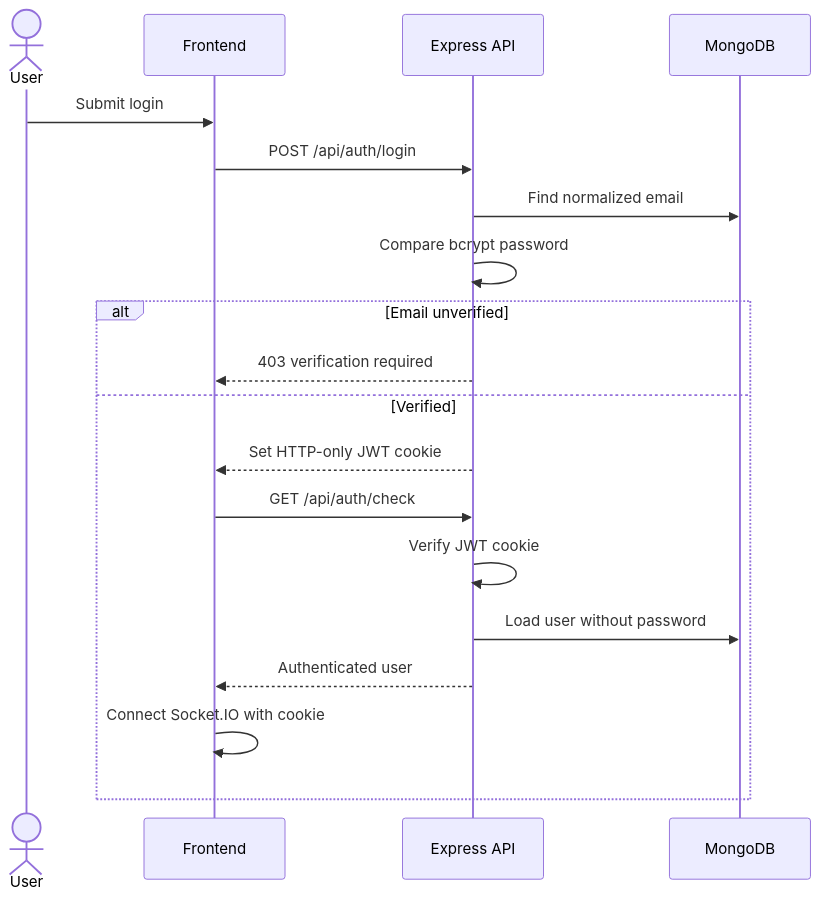
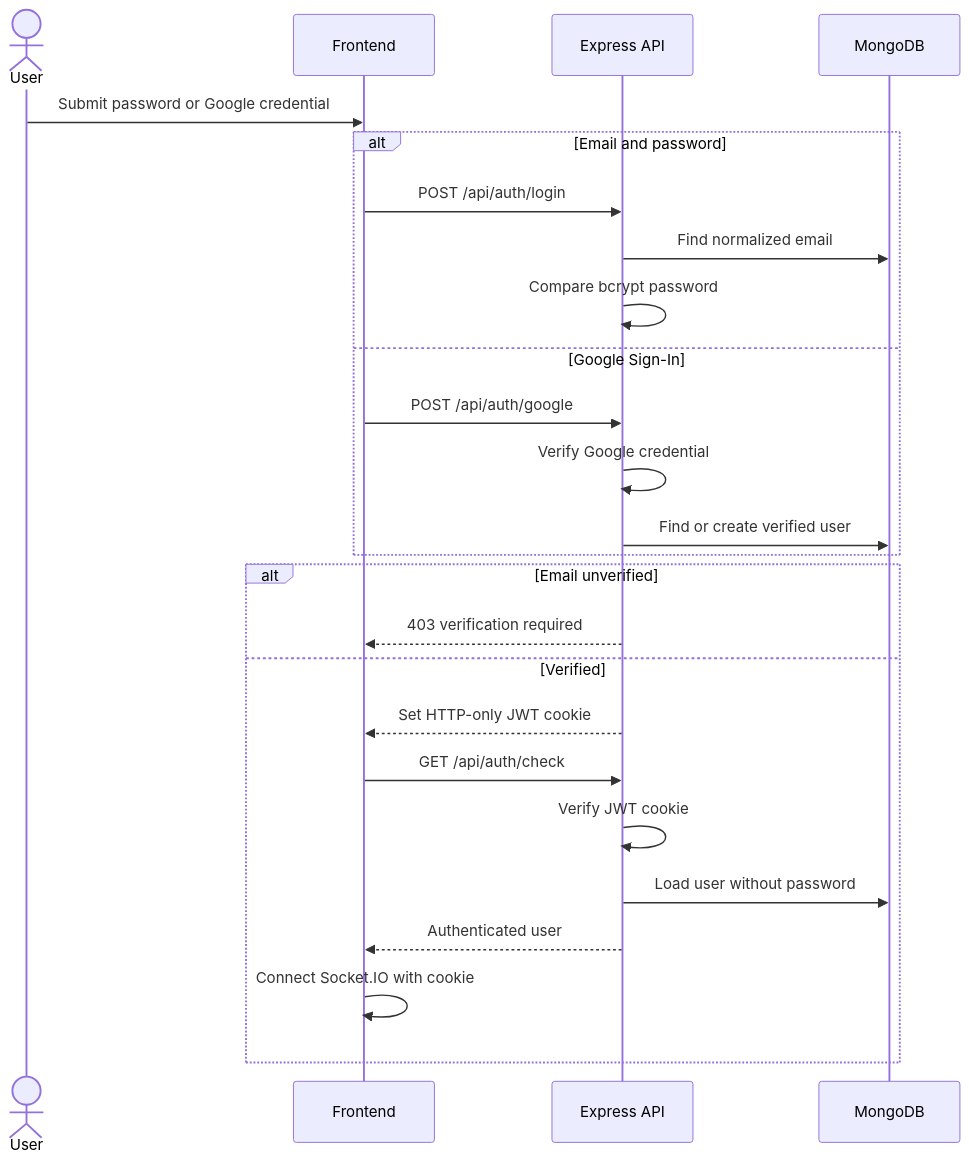
One commit to Saurav11343/click-chat changed the fourth of 7 diagrams in docs/02-system-architecture.md. Above: the diagram before and after it, drawn with Mermaid. The commit also changed other lines of this file and 11 other files, not shown here.

Commit message:
update diagrams

````diff
--- a/docs/02-system-architecture.md
+++ b/docs/02-system-architecture.md
@@ -103,22 +106,28 @@
 ```mermaid
 sequenceDiagram
     actor U as User
     participant F as Frontend
     participant A as Express API
     participant DB as MongoDB
 
-    U->>F: Submit login
-    F->>A: POST /api/auth/login
-    A->>DB: Find normalized email
-    A->>A: Compare bcrypt password
+    U->>F: Submit password or Google credential
+    alt Email and password
+      F->>A: POST /api/auth/login
+      A->>DB: Find normalized email
+      A->>A: Compare bcrypt password
+    else Google Sign-In
+      F->>A: POST /api/auth/google
+      A->>A: Verify Google credential
+      A->>DB: Find or create verified user
+    end
     alt Email unverified
       A-->>F: 403 verification required
     else Verified
       A-->>F: Set HTTP-only JWT cookie
       F->>A: GET /api/auth/check
       A->>A: Verify JWT cookie
       A->>DB: Load user without password
       A-->>F: Authenticated user
       F->>F: Connect Socket.IO with cookie
     end
 ```
````
